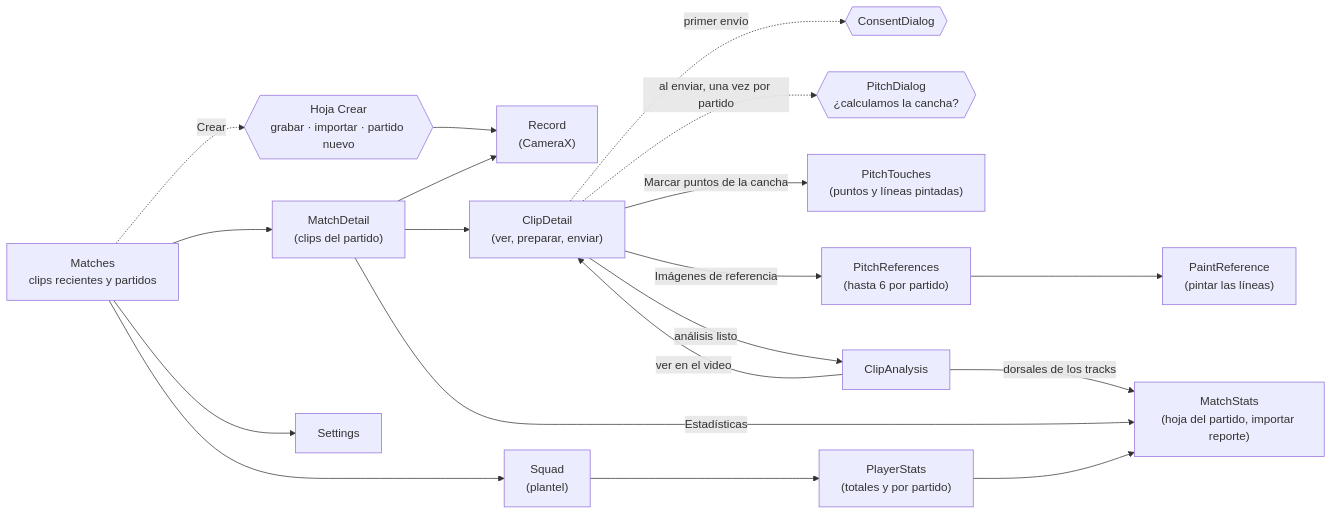
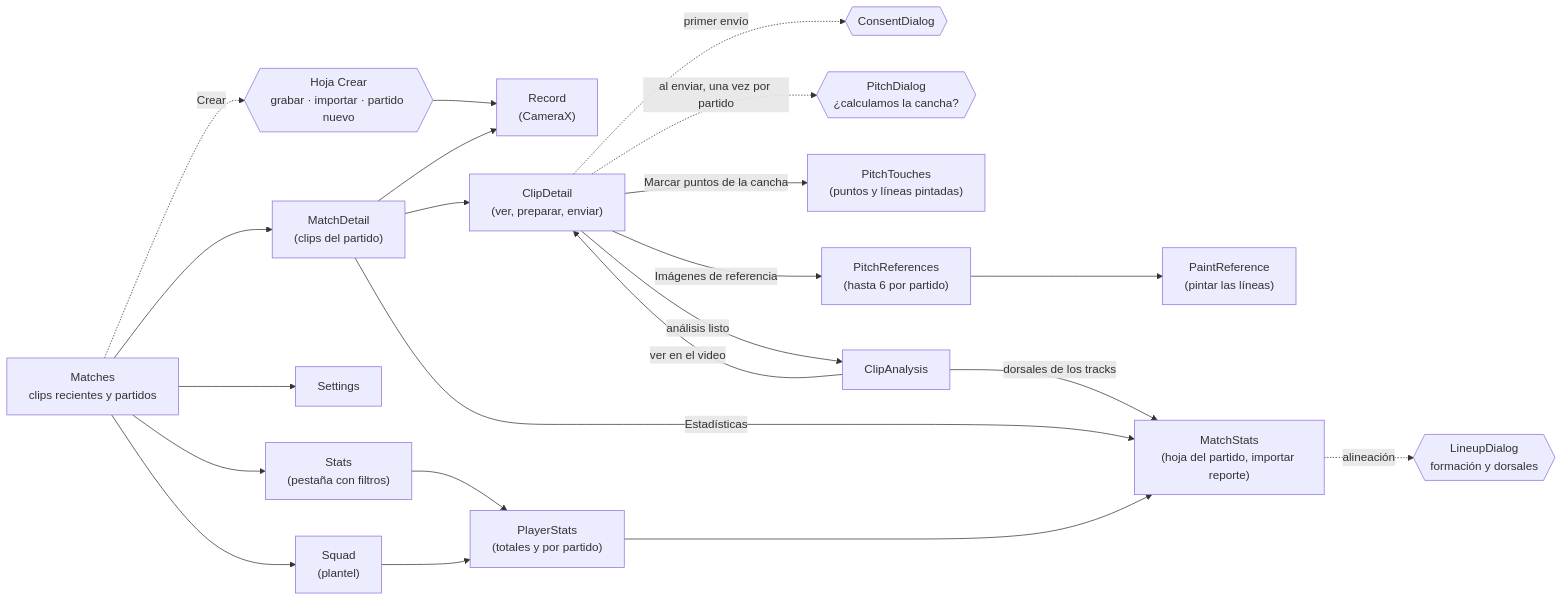
One commit to pepemxl/meta-ai-hackathon-2026 changed the second of 5 diagrams in docs/arquitectura/02-app-android.md. Above: the diagram before and after it, drawn with Mermaid. The commit also changed other lines of this file and 15 other files, not shown here.

First line of the commit message:
Agrega la pestaña de estadísticas con filtros y la alineación inicial

````diff
--- a/docs/arquitectura/02-app-android.md
+++ b/docs/arquitectura/02-app-android.md
@@ -66,21 +66,24 @@
 ```mermaid
 flowchart LR
     M["Matches<br/>clips recientes y partidos"] --> MD["MatchDetail<br/>(clips del partido)"]
     M -.->|"Crear"| SH{{"Hoja Crear<br/>grabar · importar · partido nuevo"}}
     SH --> REC
     MD --> REC["Record<br/>(CameraX)"]
     MD --> CD["ClipDetail<br/>(ver, preparar, enviar)"]
     M --> S["Settings"]
     CD -.->|"primer envío"| CON{{"ConsentDialog"}}
     CD -.->|"al enviar, una vez por partido"| PD{{"PitchDialog<br/>¿calculamos la cancha?"}}
     CD -->|"Marcar puntos de la cancha"| PT["PitchTouches<br/>(puntos y líneas pintadas)"]
     CD -->|"Imágenes de referencia"| PR["PitchReferences<br/>(hasta 6 por partido)"]
     PR --> PA["PaintReference<br/>(pintar las líneas)"]
     CD -->|"análisis listo"| CA["ClipAnalysis"]
     CA -->|"ver en el video"| CD
     CA -->|"dorsales de los tracks"| MS
+    M --> ST["Stats<br/>(pestaña con filtros)"]
+    ST --> PS
+    MS -.->|"alineación"| LU{{"LineupDialog<br/>formación y dorsales"}}
     M --> SQ["Squad<br/>(plantel)"]
     SQ --> PS["PlayerStats<br/>(totales y por partido)"]
     MD -->|"Estadísticas"| MS["MatchStats<br/>(hoja del partido, importar reporte)"]
     PS --> MS
 ```
````
